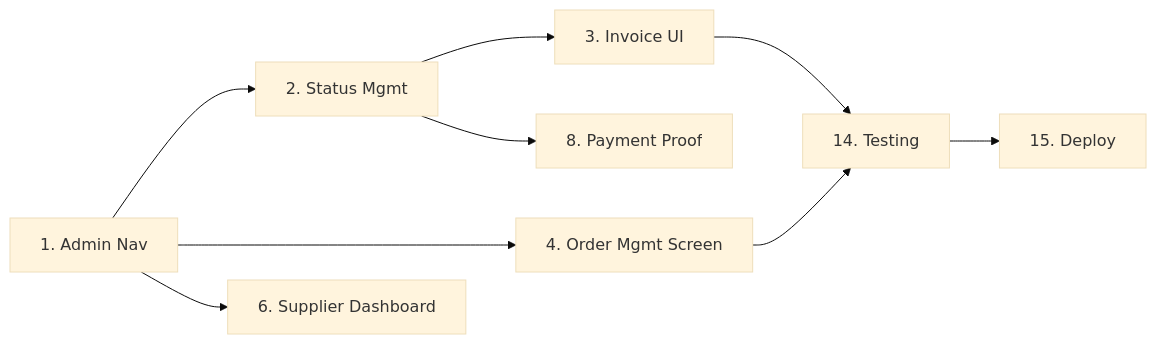
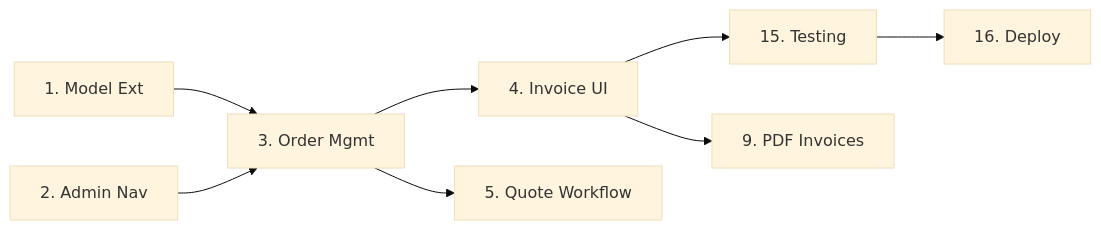
The second of 2 diagrams in docs/task_roadmap.md (JaredEzz/ws-seeker), drawn with Mermaid (base theme) before and after one commit. The commit also changed other lines of this file and 7 other files, not shown here.

````diff
--- a/docs/task_roadmap.md
+++ b/docs/task_roadmap.md
@@ -105,7 +125,7 @@
 ```mermaid
 graph LR
-    A["1. Admin Nav"] --> B["2. Status Mgmt"] --> C["3. Invoice UI"] --> D["14. Testing"] --> E["15. Deploy"]
-    A --> F["4. Order Mgmt Screen"] --> D
-    A --> G["6. Supplier Dashboard"]
-    B --> H["8. Payment Proof"]
+    A["1. Model Ext"] --> B["3. Order Mgmt"] --> C["4. Invoice UI"] --> D["15. Testing"] --> E["16. Deploy"]
+    F["2. Admin Nav"] --> B
+    B --> G["5. Quote Workflow"]
+    C --> H["9. PDF Invoices"]
 ```
````
